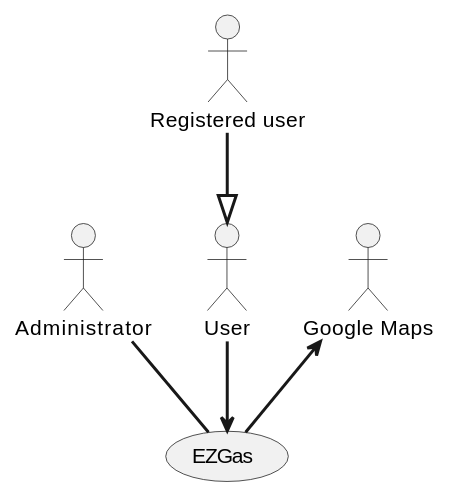
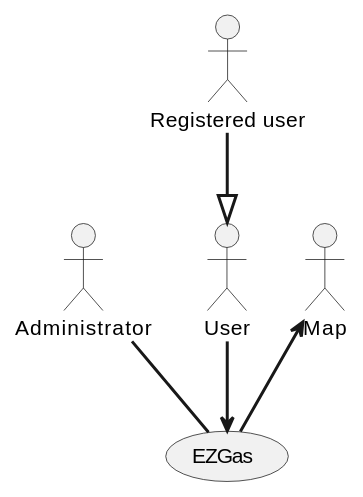
One commit to SoftengPoliTo/Lab2 changed the first of 3 diagrams in REQ_s280105.md. Above: the diagram before and after it, drawn with PlantUML. The commit also changed other lines of this file, not shown here.

````diff
--- a/REQ_s280105.md
+++ b/REQ_s280105.md
@@ -58,10 +61,10 @@
 ```plantuml
 actor Administrator as a
 actor User as u
 actor "Registered user" as r
-actor "Google Maps" as g
-g <== (EZGas)
+actor Map as m
+m <== (EZGas)
 a == (EZGas)
 r ==|> u
 u ==> (EZGas)
 ```
````
